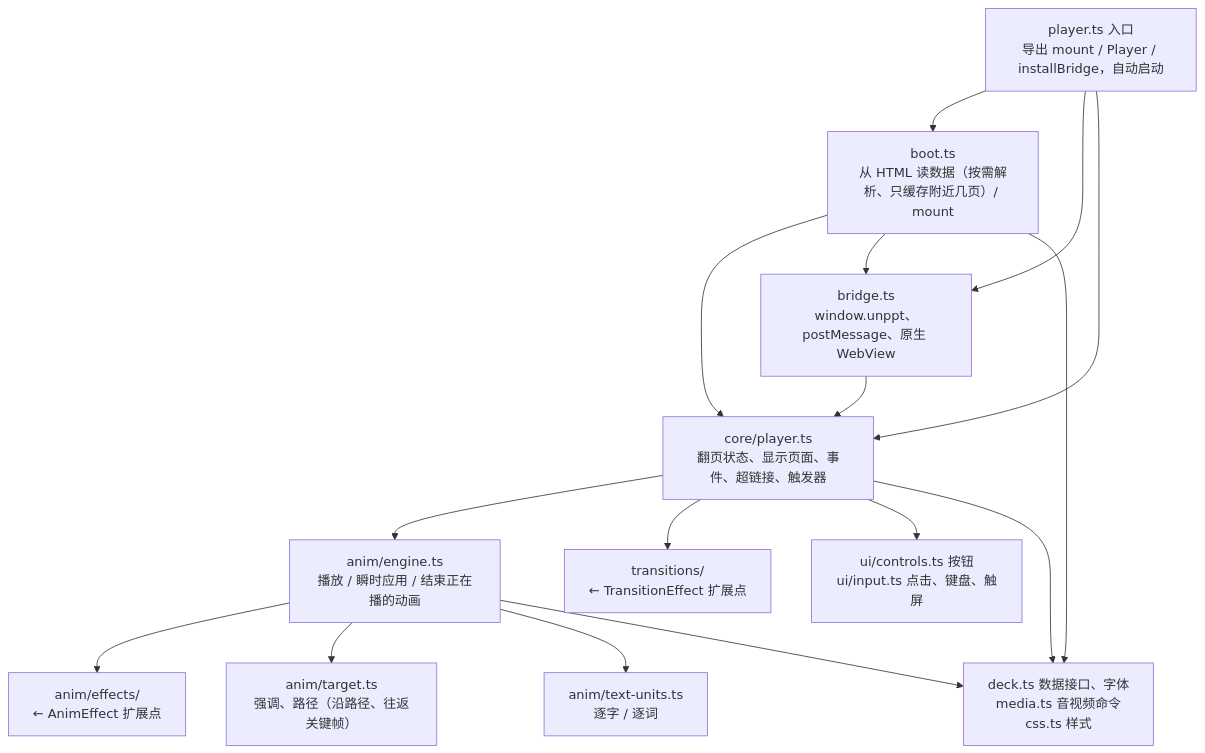
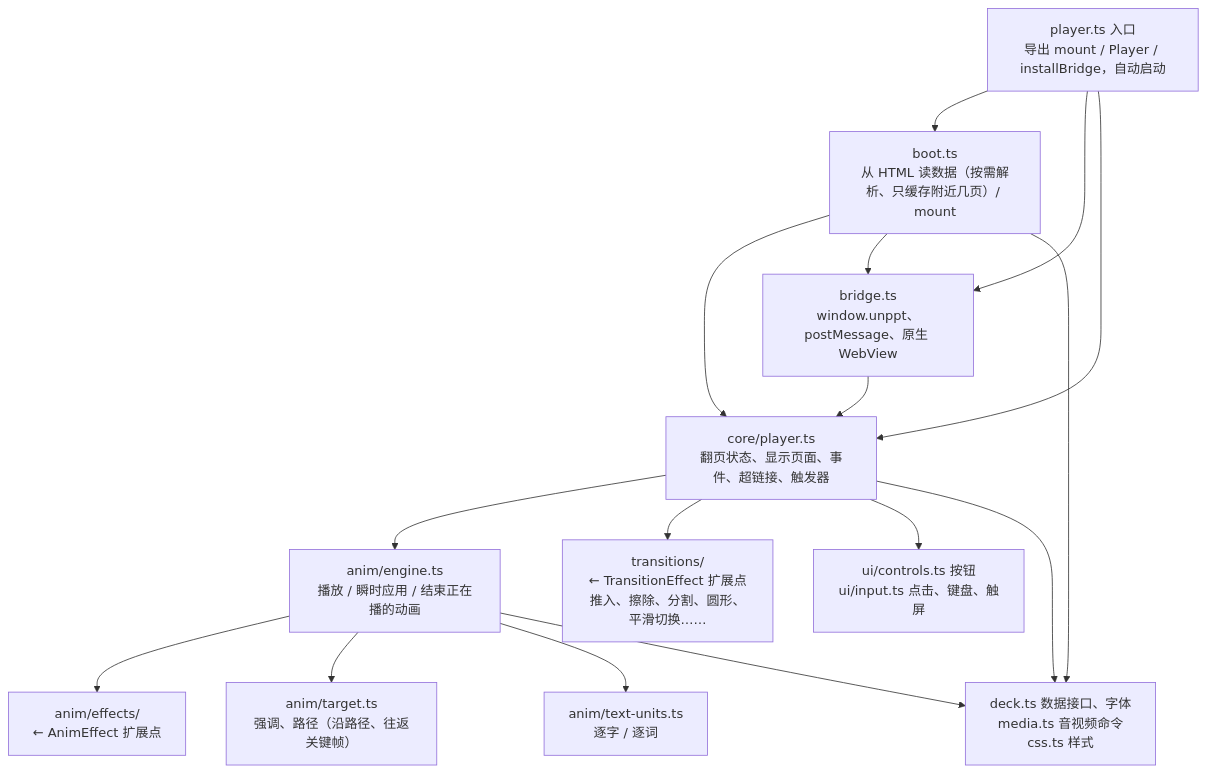
The third of 5 diagrams in docs/architecture.md (spitmaster/unppt), drawn with Mermaid before and after one commit. The commit also changed other lines of this file and 19 other files, not shown here.

````diff
--- a/docs/architecture.md
+++ b/docs/architecture.md
@@ -71,19 +71,19 @@
 ```mermaid
 flowchart TB
   entry["player.ts 入口<br/>导出 mount / Player / installBridge，自动启动"]
   boot["boot.ts<br/>从 HTML 读数据（按需解析、只缓存附近几页）/ mount"]
   bridge["bridge.ts<br/>window.unppt、postMessage、原生 WebView"]
   core["core/player.ts<br/>翻页状态、显示页面、事件、超链接、触发器"]
   engine["anim/engine.ts<br/>播放 / 瞬时应用 / 结束正在播的动画"]
   effects["anim/effects/<br/>← AnimEffect 扩展点"]
   target["anim/target.ts<br/>强调、路径（沿路径、往返关键帧）"]
   units["anim/text-units.ts<br/>逐字 / 逐词"]
-  trans["transitions/<br/>← TransitionEffect 扩展点"]
+  trans["transitions/<br/>← TransitionEffect 扩展点<br/>推入、擦除、分割、圆形、平滑切换……"]
   ui["ui/controls.ts 按钮<br/>ui/input.ts 点击、键盘、触屏"]
   deck["deck.ts 数据接口、字体<br/>media.ts 音视频命令<br/>css.ts 样式"]
   entry --> boot & bridge & core
   boot --> core & bridge & deck
   bridge --> core
   core --> engine & trans & ui & deck
   engine --> effects & target & units & deck
 ```
````
